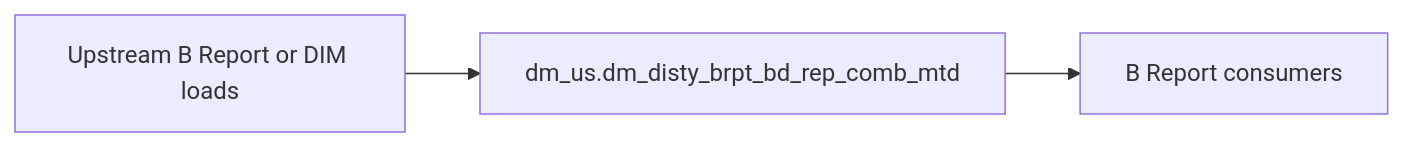
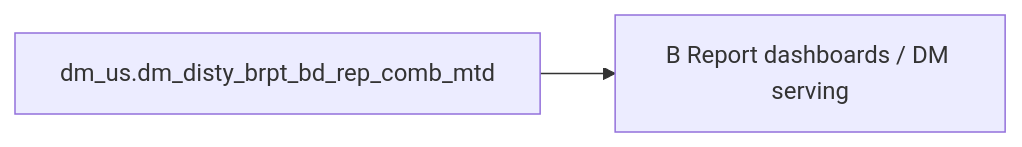
One commit to chengduhaha/data_agent changed the diagram in backend/defaults/b_report/workspace/target/knowledgebase/b-report-us/dm_disty_brpt_bd_rep_comb_mtd.md. Above: the diagram before and after it, drawn with Mermaid. The commit also changed other lines of this file and 1108 other files, not shown here.

````diff
--- a/backend/defaults/b_report/workspace/target/knowledgebase/b-report-us/dm_disty_brpt_bd_rep_comb_mtd.md
+++ b/backend/defaults/b_report/workspace/target/knowledgebase/b-report-us/dm_disty_brpt_bd_rep_comb_mtd.md
@@ -152,8 +559,6 @@
 ```mermaid
 flowchart LR
-  upstream[Upstream B Report or DIM loads]
-  tgt["dm_us.dm_disty_brpt_bd_rep_comb_mtd"]
-  brpt[B Report consumers]
-  upstream --> tgt
-  tgt --> brpt
+  dm_us_dm_disty_brpt_bd_rep_comb_mtd["dm_us.dm_disty_brpt_bd_rep_comb_mtd"]
+  consumers["B Report dashboards / DM serving"]
+  dm_us_dm_disty_brpt_bd_rep_comb_mtd --> consumers
 ```
````
